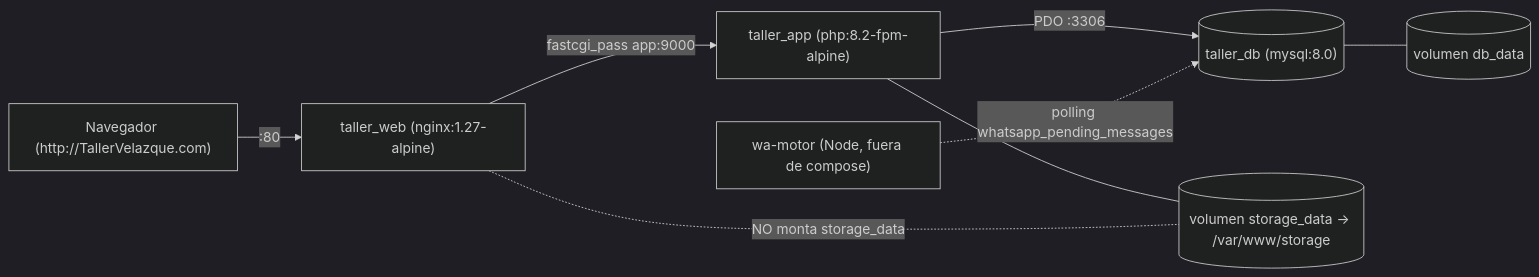
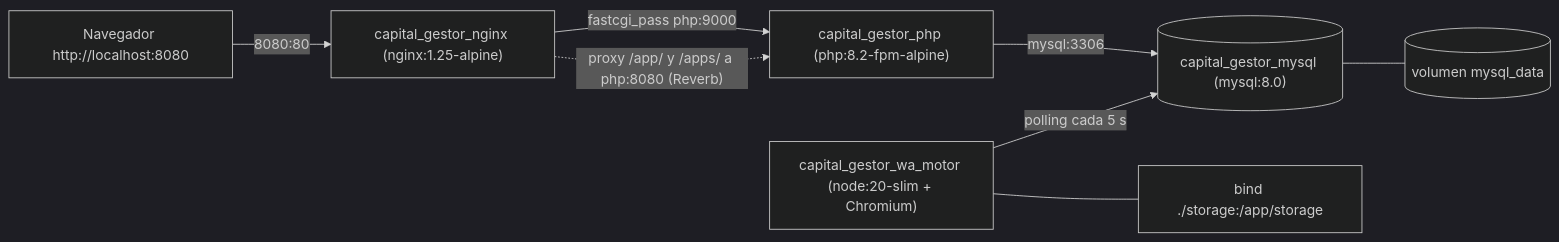
Before and after one commit to carlos112233/Capital_Gestor: the diagram in docs/onboarding/01-mapa.md, drawn with Mermaid (dark theme). The commit also changed other lines of this file and 1 other file, not shown here.

````diff
--- a/docs/onboarding/01-mapa.md
+++ b/docs/onboarding/01-mapa.md
@@ -56,10 +77,10 @@
 ```mermaid
 flowchart LR
-    U["Navegador (http://TallerVelazque.com)"] -->|":80"| W["taller_web (nginx:1.27-alpine)"]
-    W -->|"fastcgi_pass app:9000"| A["taller_app (php:8.2-fpm-alpine)"]
-    A -->|"PDO :3306"| D[("taller_db (mysql:8.0)")]
-    D --- V1[("volumen db_data")]
-    A --- V2[("volumen storage_data -> /var/www/storage")]
-    W -. "NO monta storage_data" .- V2
-    WA["wa-motor (Node, fuera de compose)"] -. "polling whatsapp_pending_messages" .-> D
+    U["Navegador http://localhost:8080"] -->|"8080:80"| N["capital_gestor_nginx (nginx:1.25-alpine)"]
+    N -->|"fastcgi_pass php:9000"| P["capital_gestor_php (php:8.2-fpm-alpine)"]
+    N -.->|"proxy /app/ y /apps/ a php:8080 (Reverb)"| P
+    P -->|"mysql:3306"| M[("capital_gestor_mysql (mysql:8.0)")]
+    M --- V[("volumen mysql_data")]
+    W["capital_gestor_wa_motor (node:20-slim + Chromium)"] -->|"polling cada 5 s"| M
+    W --- S["bind ./storage:/app/storage"]
 ```
````
